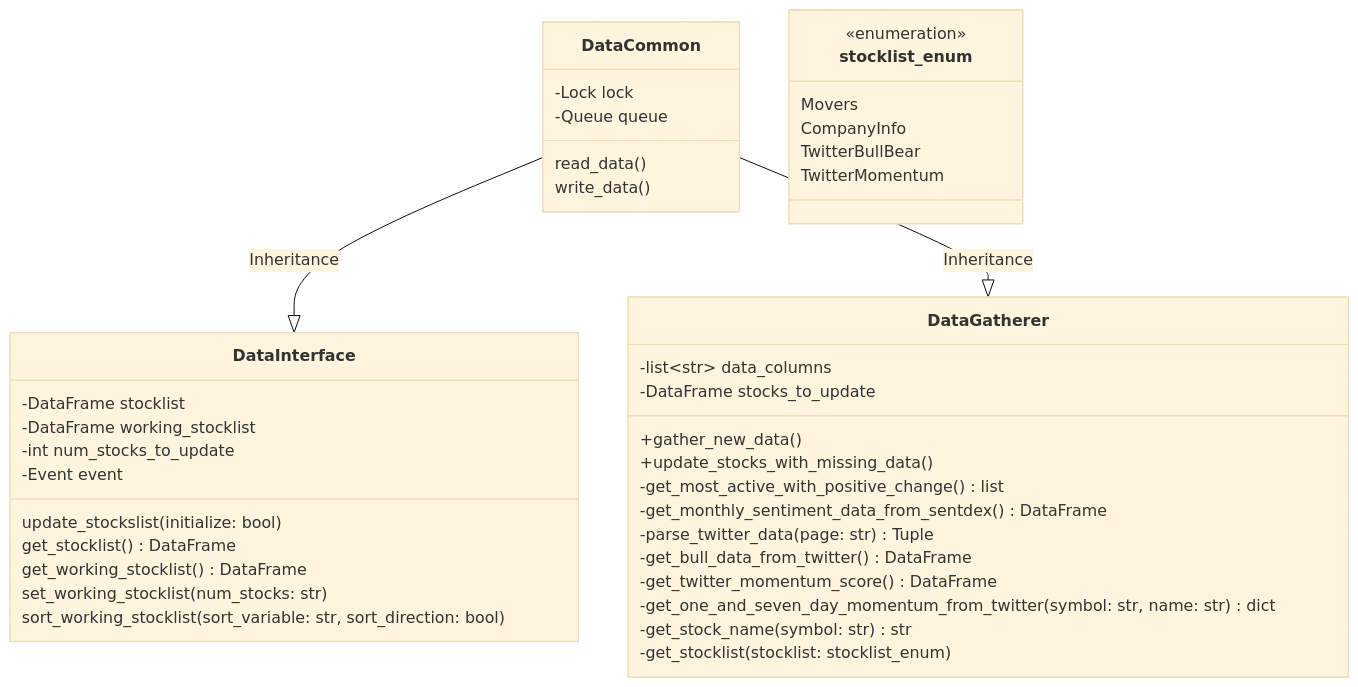
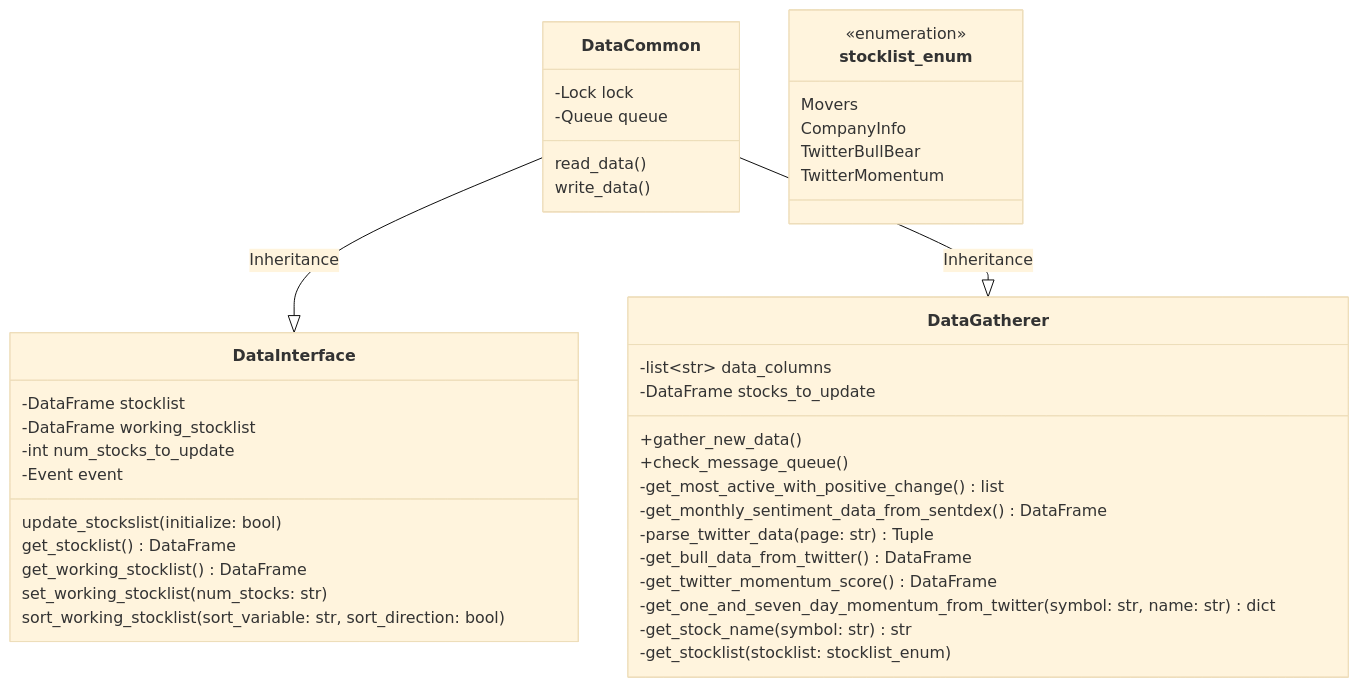
One commit to timfornell/StockScreener changed the diagram in Doc/ClassDiagram.mmd. Above: the diagram before and after it, drawn with Mermaid (base theme). The commit also changed 5 other files, not shown here.

First line of the commit message:
Made update_stocks_with_missing_data more generic

```diff
--- a/Doc/ClassDiagram.mmd
+++ b/Doc/ClassDiagram.mmd
@@ -1,47 +1,47 @@
 classDiagram
 class DataCommon{
     read_data()
     write_data()
     -Lock lock
     -Queue queue
 }
 
 class DataInterface{
     -DataFrame stocklist
     -DataFrame working_stocklist
     -int num_stocks_to_update
     -Event event
 
     update_stockslist(initialize: bool)
     get_stocklist() DataFrame
     get_working_stocklist() DataFrame
     set_working_stocklist(num_stocks: str)
     sort_working_stocklist(sort_variable: str, sort_direction: bool)
 }
 
 class DataGatherer{
     -list~str~ data_columns
     -DataFrame stocks_to_update
 
     +gather_new_data()
-    +update_stocks_with_missing_data()
+    +check_message_queue()
     -get_most_active_with_positive_change() list
     -get_monthly_sentiment_data_from_sentdex() DataFrame
     -parse_twitter_data(page: str) Tuple
     -get_bull_data_from_twitter() DataFrame
     -get_twitter_momentum_score() DataFrame
     -get_one_and_seven_day_momentum_from_twitter(symbol: str, name: str) dict
     -get_stock_name(symbol: str) str
     -get_stocklist(stocklist: stocklist_enum)
 }
 
 class stocklist_enum{
     <<enumeration>>
     Movers
     CompanyInfo
     TwitterBullBear
     TwitterMomentum
 }
 
 DataCommon --|> DataInterface : Inheritance
 DataCommon --|> DataGatherer : Inheritance
```
